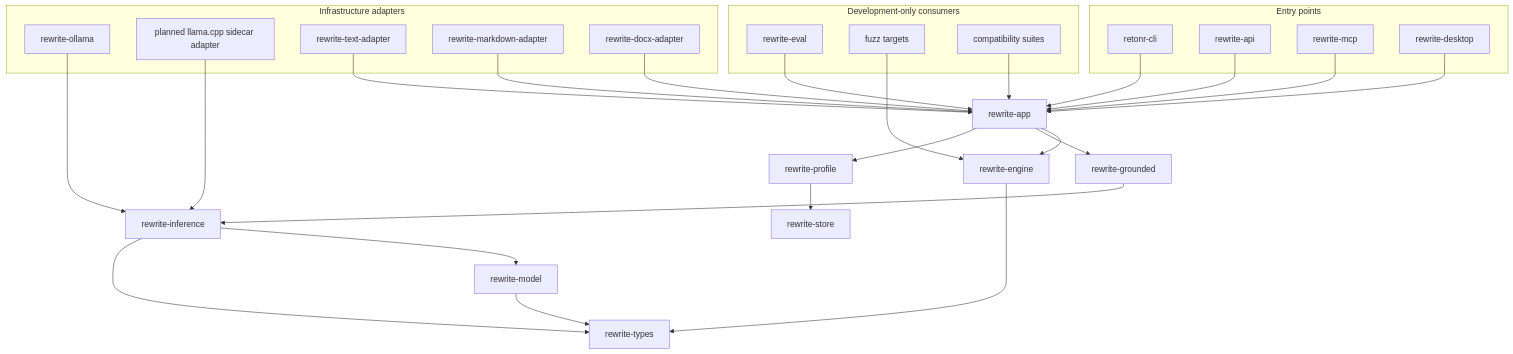
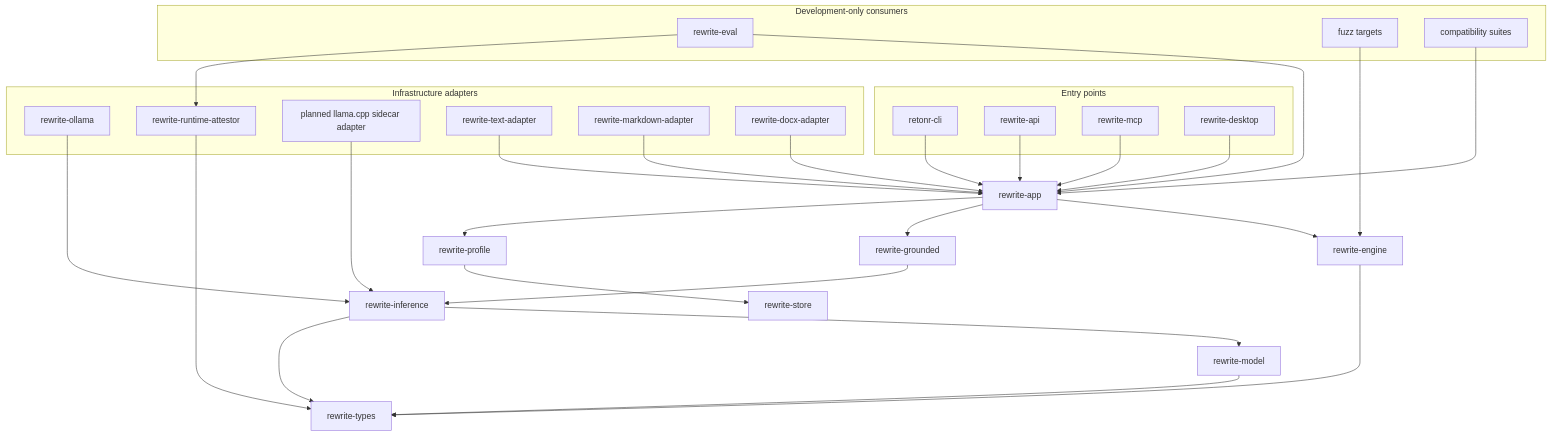
Before and after one commit to blisspixel/retonr: the second of 3 diagrams in docs/architecture.md, drawn with Mermaid. The commit also changed other lines of this file and 33 other files, not shown here.

````diff
--- a/docs/architecture.md
+++ b/docs/architecture.md
@@ -48,42 +48,45 @@
 ```mermaid
 flowchart TD
     subgraph Entry["Entry points"]
         CLI["retonr-cli"]
         API["rewrite-api"]
         MCP["rewrite-mcp"]
         Desktop["rewrite-desktop"]
     end
     CLI --> App["rewrite-app"]
     API --> App
     MCP --> App
     Desktop --> App
     App --> Engine["rewrite-engine"]
     App --> Grounded["rewrite-grounded"]
     App --> Profile["rewrite-profile"]
     Grounded --> Inference["rewrite-inference"]
     Profile --> Store["rewrite-store"]
     Engine --> Types["rewrite-types"]
     Inference --> Model["rewrite-model"]
     Model --> Types
     Inference --> Types
     subgraph Infrastructure["Infrastructure adapters"]
         Ollama["rewrite-ollama"]
+        RuntimeAttestor["rewrite-runtime-attestor"]
         Llama["planned llama.cpp sidecar adapter"]
         Text["rewrite-text-adapter"]
         Markdown["rewrite-markdown-adapter"]
         Docx["rewrite-docx-adapter"]
     end
     Ollama --> Inference
+    RuntimeAttestor --> Types
     Llama --> Inference
     Text --> App
     Markdown --> App
     Docx --> App
     subgraph Development["Development-only consumers"]
         Eval["rewrite-eval"]
         Fuzz["fuzz targets"]
         Compat["compatibility suites"]
     end
     Eval --> App
+    Eval --> RuntimeAttestor
     Fuzz --> Engine
     Compat --> App
 ```
````
